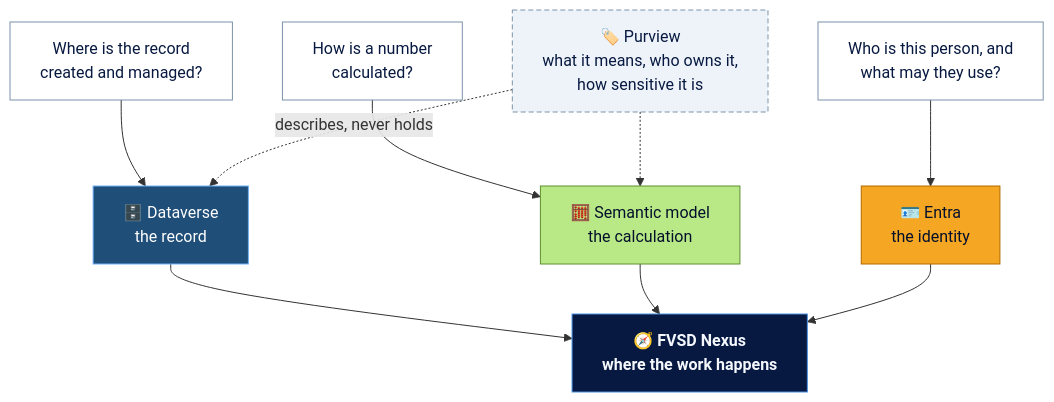
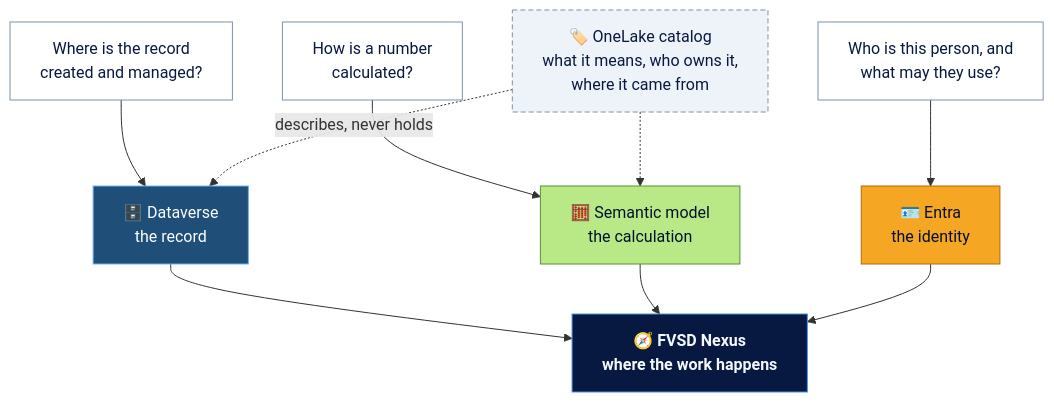
Before and after one commit to skmckenFVSD/FVSD-Nexus: the diagram in docs/philosophy/README.md, drawn with Mermaid. The commit also changed other lines of this file and 23 other files, not shown here.

First line of the commit message:
Re-anchor governance on the OneLake catalog; Purview becomes protection only

````diff
--- a/docs/philosophy/README.md
+++ b/docs/philosophy/README.md
@@ -37,25 +37,25 @@
 ```mermaid
 flowchart TB
     Q1["Where is the record<br>created and managed?"] --> DV["🗄️ Dataverse<br>the record"]
     Q2["How is a number<br>calculated?"] --> SM["🧮 Semantic model<br>the calculation"]
     Q3["Who is this person, and<br>what may they use?"] --> ID["🪪 Entra<br>the identity"]
 
     DV --> APP["🧭 FVSD Nexus<br>where the work happens"]
     SM --> APP
     ID --> APP
-    PV["🏷️ Purview<br>what it means, who owns it,<br>how sensitive it is"] -.->|describes, never holds| DV
+    PV["🏷️ OneLake catalog<br>what it means, who owns it,<br>where it came from"] -.->|describes, never holds| DV
     PV -.-> SM
 
     classDef record fill:#1F4E79,stroke:#6FB1F5,color:#FFFFFF
     classDef calc fill:#B8E986,stroke:#5E8F2E,color:#04102B
     classDef identity fill:#F5A623,stroke:#B26A00,color:#04102B
     classDef catalog fill:#EEF3FA,stroke:#7B92AA,color:#071940,stroke-dasharray:5 3
     classDef nexus fill:#071940,stroke:#4A90E2,color:#F4F7FC,font-weight:bold
     classDef question fill:#FFFFFF,stroke:#7B92AA,color:#071940
     class DV record
     class SM calc
     class ID identity
     class PV catalog
     class APP nexus
     class Q1,Q2,Q3 question
 ```
````
